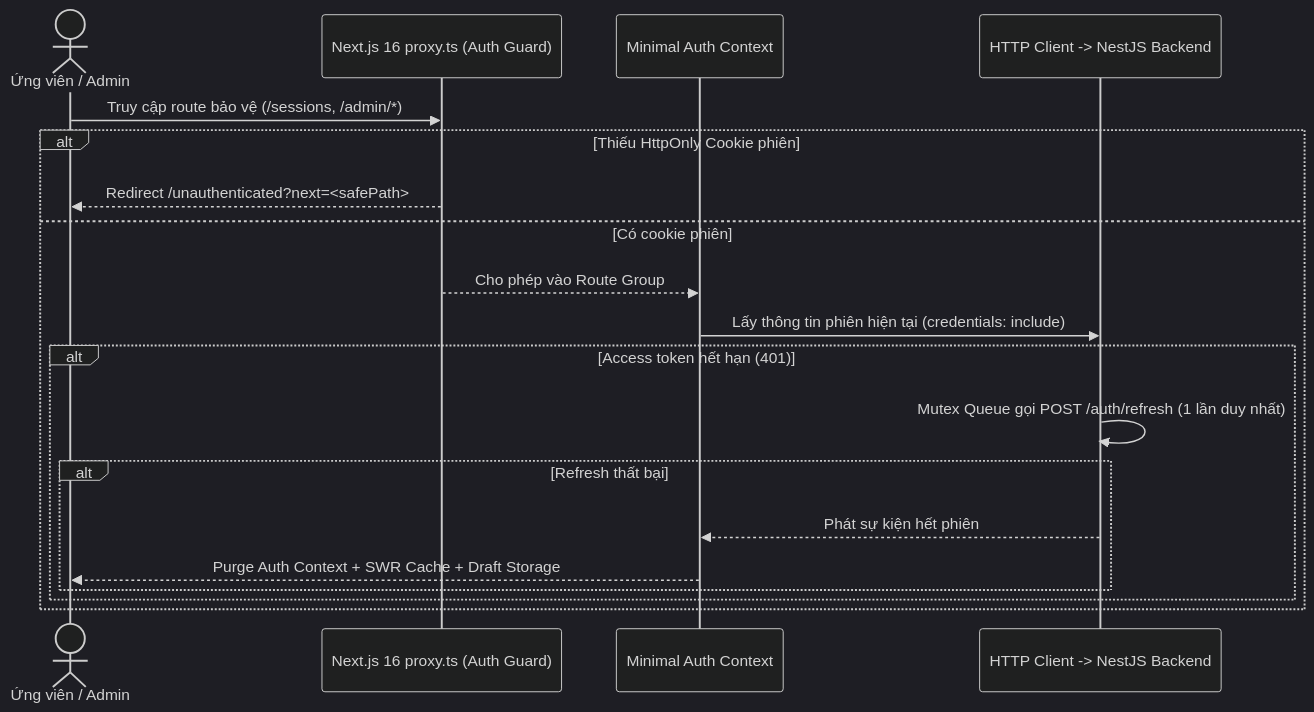
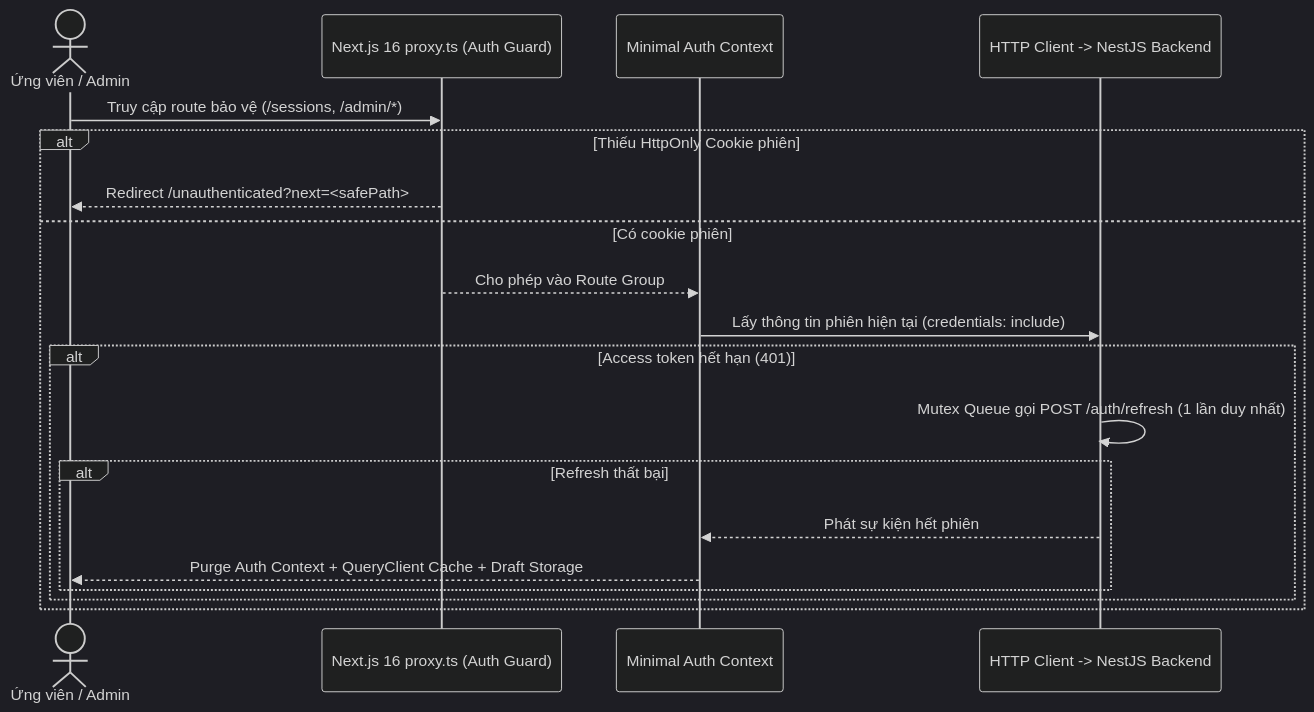
One commit to lethanhan01/interview-coach changed the diagram in client/docs/docs/03-quality-and-security/security-and-auth.md. Above: the diagram before and after it, drawn with Mermaid (dark theme). The commit also changed other lines of this file and 18 other files, not shown here.

````diff
--- a/client/docs/docs/03-quality-and-security/security-and-auth.md
+++ b/client/docs/docs/03-quality-and-security/security-and-auth.md
@@ -30,22 +30,22 @@
 ```mermaid
 sequenceDiagram
     actor User as Ứng viên / Admin
     participant Proxy as Next.js 16 proxy.ts (Auth Guard)
     participant Ctx as Minimal Auth Context
     participant API as HTTP Client -> NestJS Backend
 
     User->>Proxy: Truy cập route bảo vệ (/sessions, /admin/*)
     alt Thiếu HttpOnly Cookie phiên
         Proxy-->>User: Redirect /unauthenticated?next=<safePath>
     else Có cookie phiên
         Proxy-->>Ctx: Cho phép vào Route Group
         Ctx->>API: Lấy thông tin phiên hiện tại (credentials: include)
         alt Access token hết hạn (401)
             API->>API: Mutex Queue gọi POST /auth/refresh (1 lần duy nhất)
             alt Refresh thất bại
                 API-->>Ctx: Phát sự kiện hết phiên
-                Ctx-->>User: Purge Auth Context + SWR Cache + Draft Storage
+                Ctx-->>User: Purge Auth Context + QueryClient Cache + Draft Storage
             end
         end
     end
 ```
````
